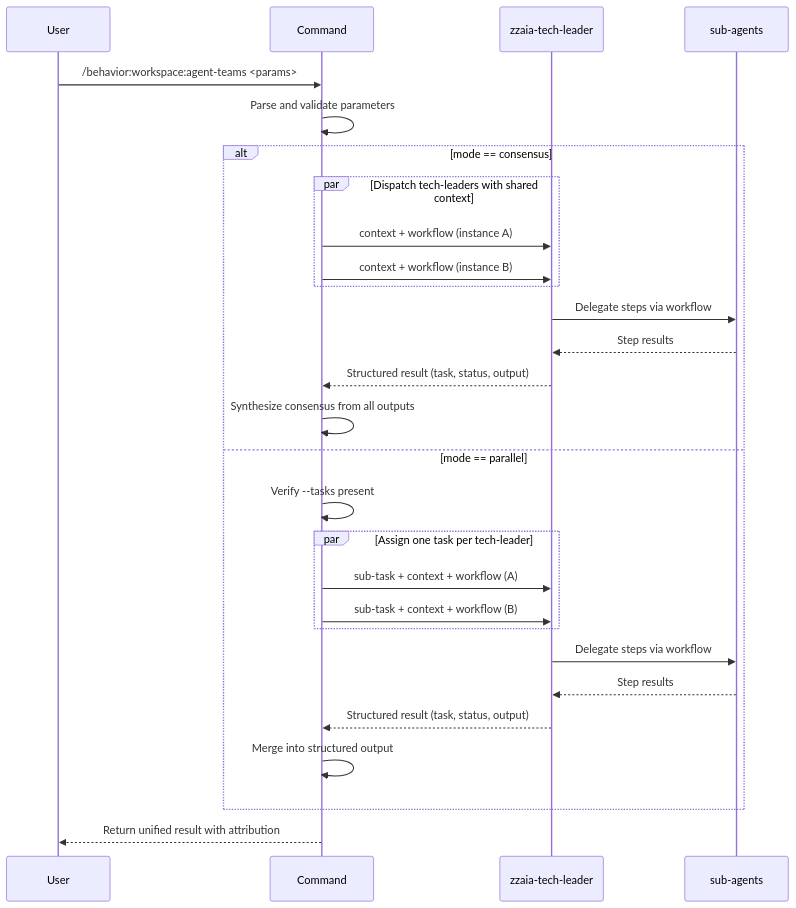
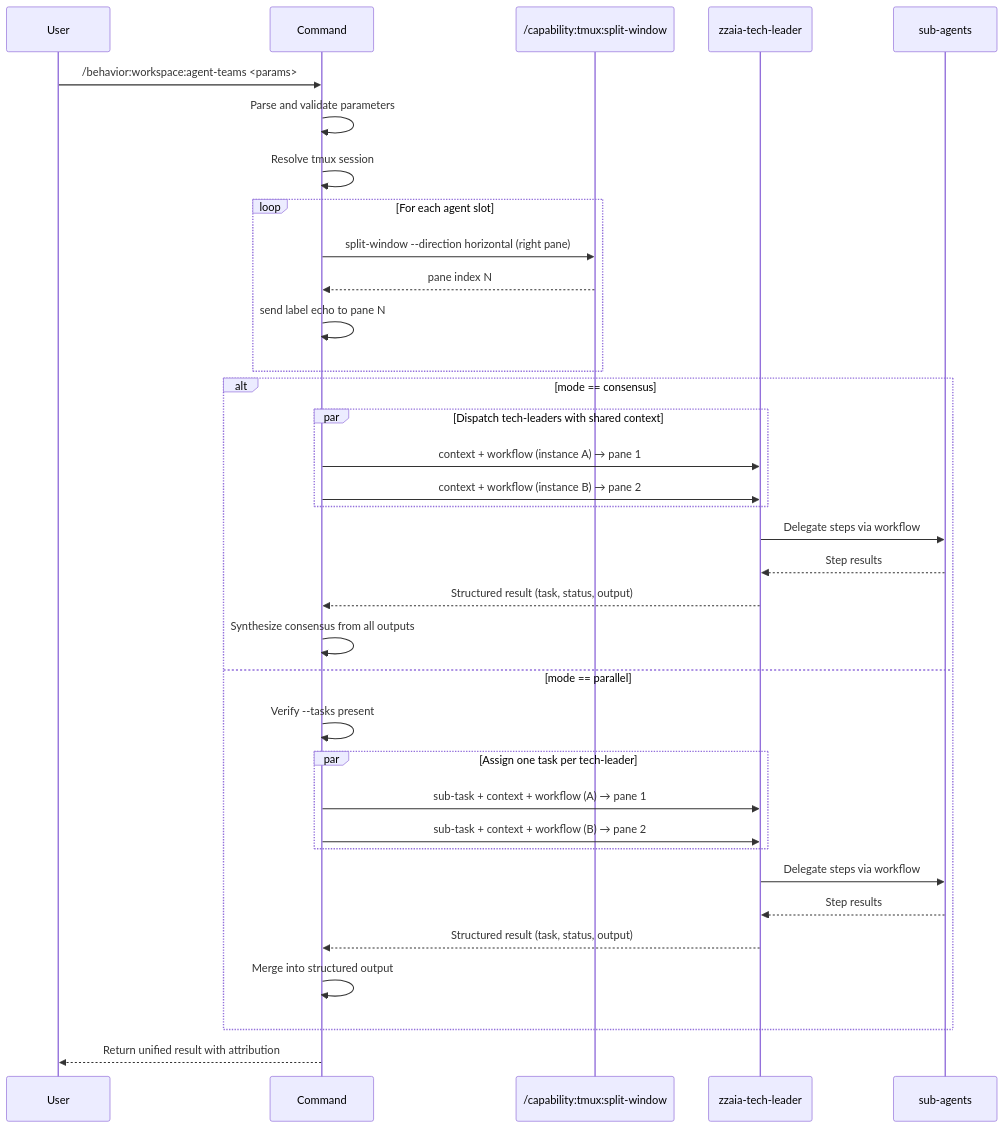
The diagram in .claude/commands/behavior/workspace/agent-teams.md (zzaia/zzaia-agentic-workspace), drawn with Mermaid before and after one commit. The commit also changed other lines of this file, not shown here.

Commit message:
Improving the agent team to use tmux;

````diff
--- a/.claude/commands/behavior/workspace/agent-teams.md
+++ b/.claude/commands/behavior/workspace/agent-teams.md
@@ -62,33 +77,41 @@
 ```mermaid
 sequenceDiagram
     participant U as User
     participant CMD as Command
+    participant TMUX as /capability:tmux:split-window
     participant TL as zzaia-tech-leader
     participant SUB as sub-agents
 
     U->>CMD: /behavior:workspace:agent-teams <params>
     CMD->>CMD: Parse and validate parameters
+    CMD->>CMD: Resolve tmux session
+
+    loop For each agent slot
+        CMD->>TMUX: split-window --direction horizontal (right pane)
+        TMUX-->>CMD: pane index N
+        CMD->>CMD: send label echo to pane N
+    end
 
     alt mode == consensus
         par Dispatch tech-leaders with shared context
-            CMD->>TL: context + workflow (instance A)
-            CMD->>TL: context + workflow (instance B)
+            CMD->>TL: context + workflow (instance A) → pane 1
+            CMD->>TL: context + workflow (instance B) → pane 2
         end
         TL->>SUB: Delegate steps via workflow
         SUB-->>TL: Step results
         TL-->>CMD: Structured result (task, status, output)
         CMD->>CMD: Synthesize consensus from all outputs
     else mode == parallel
         CMD->>CMD: Verify --tasks present
         par Assign one task per tech-leader
-            CMD->>TL: sub-task + context + workflow (A)
-            CMD->>TL: sub-task + context + workflow (B)
+            CMD->>TL: sub-task + context + workflow (A) → pane 1
+            CMD->>TL: sub-task + context + workflow (B) → pane 2
         end
         TL->>SUB: Delegate steps via workflow
         SUB-->>TL: Step results
         TL-->>CMD: Structured result (task, status, output)
         CMD->>CMD: Merge into structured output
     end
 
     CMD-->>U: Return unified result with attribution
 ```
````
